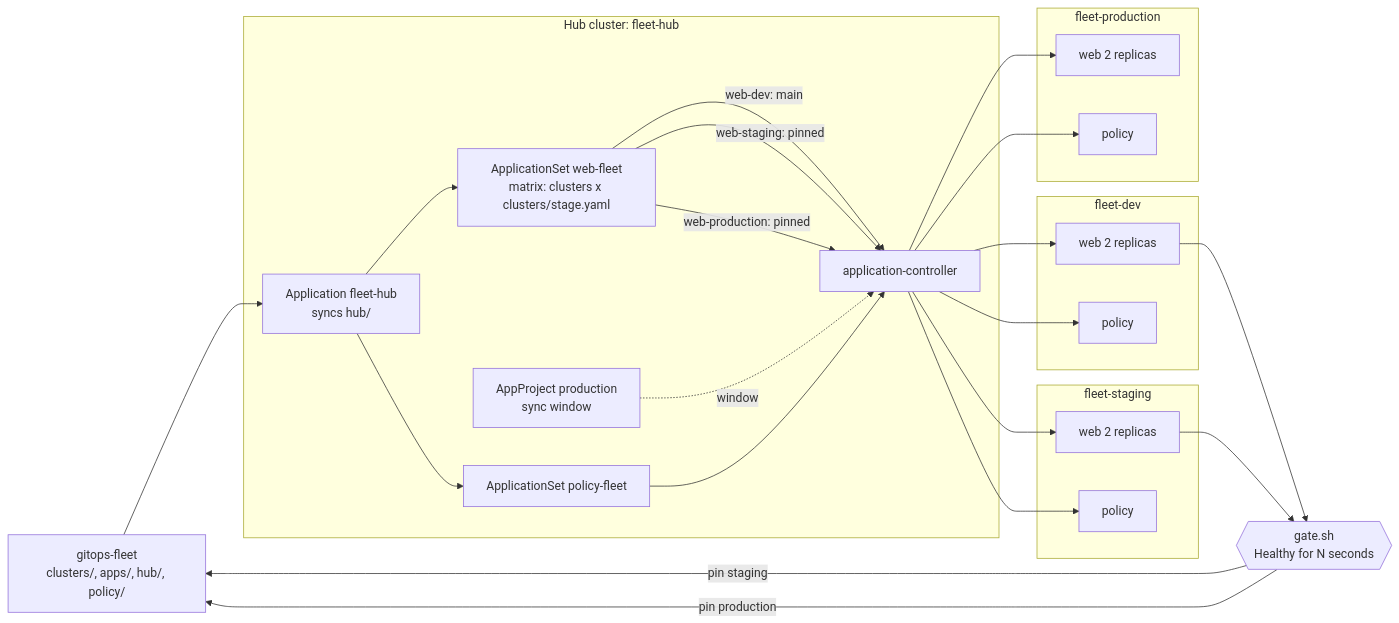
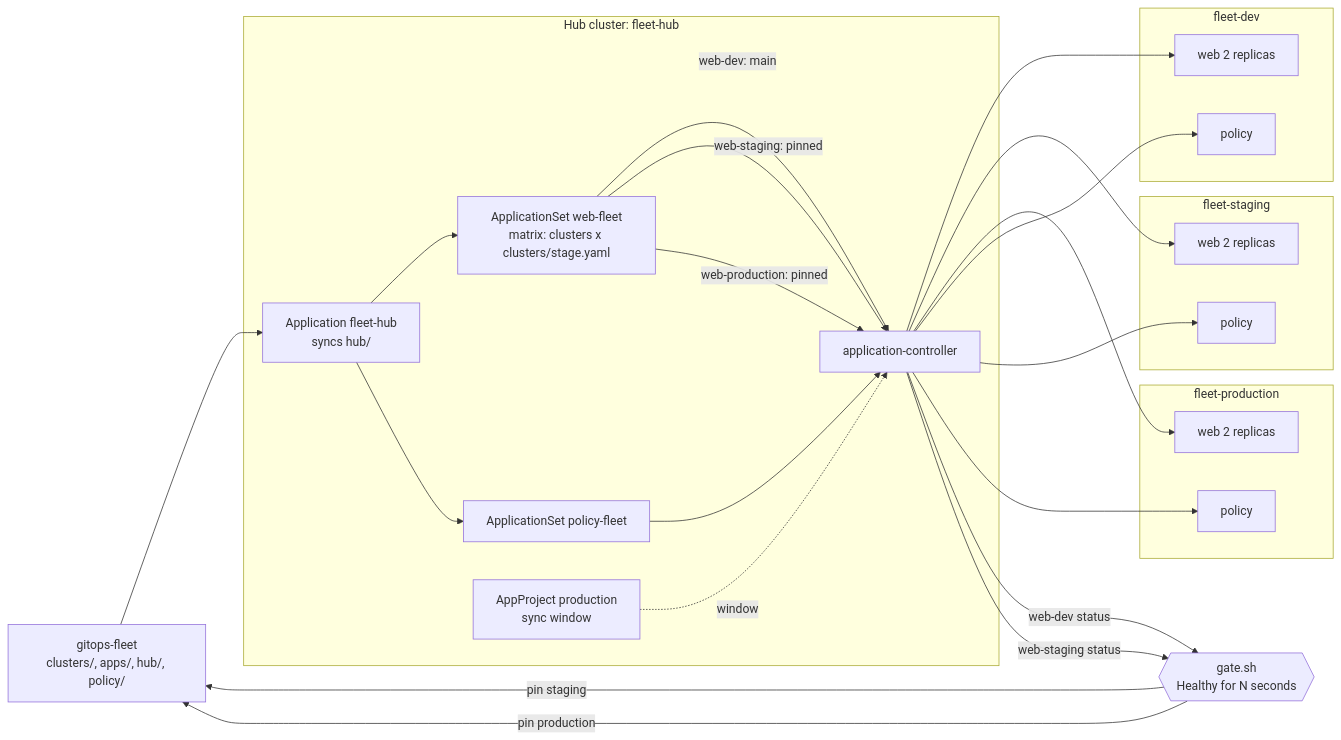
One commit to plainround-projects/gitops-fleet-and-bad-commit changed the diagram in ARCHITECTURE.md. Above: the diagram before and after it, drawn with Mermaid. The commit also changed other lines of this file, not shown here.

Commit message:
docs: align the architecture notes with the code

````diff
--- a/ARCHITECTURE.md
+++ b/ARCHITECTURE.md
@@ -31,42 +31,42 @@
 ```mermaid
 flowchart LR
     repo["gitops-fleet<br/>clusters/, apps/, hub/, policy/"]
     subgraph hub["Hub cluster: fleet-hub"]
         root["Application fleet-hub<br/>syncs hub/"]
         appset["ApplicationSet web-fleet<br/>matrix: clusters x clusters/stage.yaml"]
         pset["ApplicationSet policy-fleet"]
         ctl["application-controller"]
         proj["AppProject production<br/>sync window"]
     end
     subgraph dev["fleet-dev"]
         wd["web 2 replicas"]
         pd["policy"]
     end
     subgraph stg["fleet-staging"]
         ws["web 2 replicas"]
         ps["policy"]
     end
     subgraph prod["fleet-production"]
         wp["web 2 replicas"]
         pp["policy"]
     end
     gate{{"gate.sh<br/>Healthy for N seconds"}}
     repo --> root
     root --> appset
     root --> pset
     appset -- "web-dev: main" --> ctl
     appset -- "web-staging: pinned" --> ctl
     appset -- "web-production: pinned" --> ctl
     ctl --> wd
     ctl --> ws
     proj -. "window" .-> ctl
     ctl --> wp
     pset --> ctl
     ctl --> pd
     ctl --> ps
     ctl --> pp
-    wd --> gate
+    ctl -- "web-dev status" --> gate
     gate -- "pin staging" --> repo
-    ws --> gate
+    ctl -- "web-staging status" --> gate
     gate -- "pin production" --> repo
 ```
````
